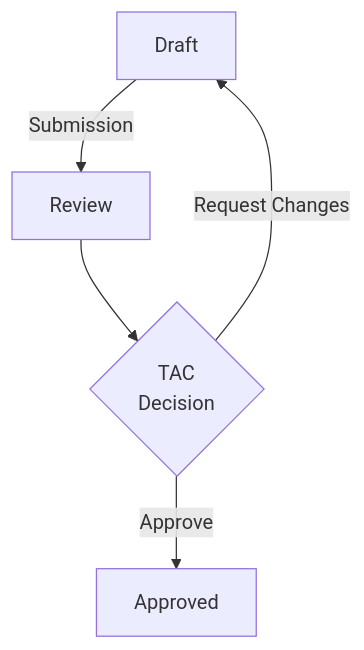
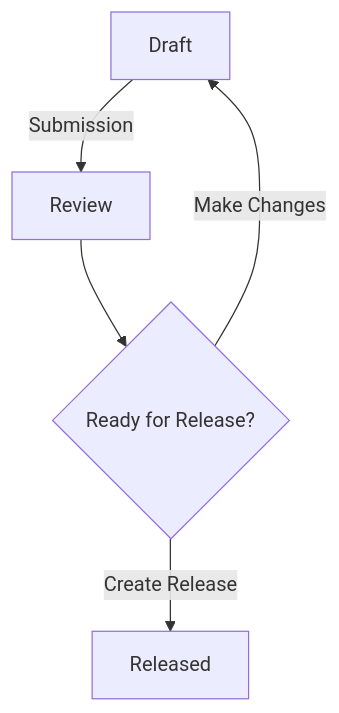
Before and after one commit to openwallet-foundation/tac: the diagram in docs/governance/deliverable-lifecycle.md, drawn with Mermaid. The commit also changed other lines of this file, not shown here.

Commit message:
Changes based on 2024-08-08 TAC meeting

````diff
--- a/docs/governance/deliverable-lifecycle.md
+++ b/docs/governance/deliverable-lifecycle.md
@@ -28,12 +28,12 @@
 ```mermaid
 flowchart
   d[Draft]
   r[Review]
-  t{TAC\nDecision}
-  a[Approved]
+  c{Ready for Release?}
+  v[Released]
 
   d -->|Submission| r
-  r --> t
-  t -->|Request Changes| d
-  t -->|Approve| a
+  r --> c
+  c -->|Make Changes| d
+  c -->|Create Release| v
 ```
````
